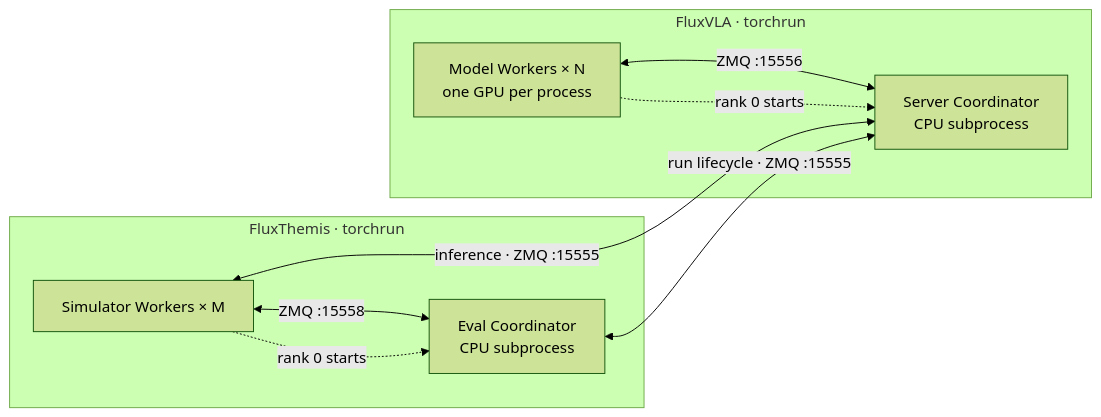
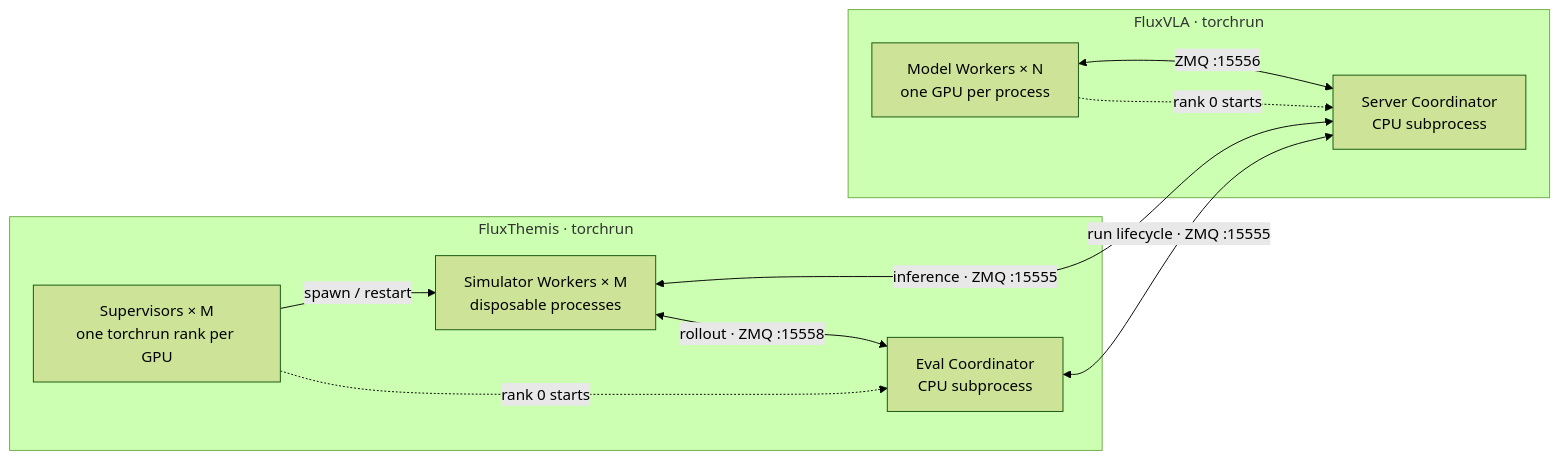
The diagram in README.md (FluxVLA/FluxThemis), drawn with Mermaid (forest theme) before and after one commit. The commit also changed other lines of this file and 20 other files, not shown here.

Commit message:
[Feat] Add restartable distributed simulator workers

````diff
--- a/README.md
+++ b/README.md
@@ -162,19 +163,21 @@
 ```mermaid
 flowchart LR
   subgraph VLA["FluxVLA · torchrun"]
     MW["Model Workers × N<br/>one GPU per process"]
     SC["Server Coordinator<br/>CPU subprocess"]
     MW <-->|ZMQ :15556| SC
     MW -. "rank 0 starts" .-> SC
   end
 
   subgraph Themis["FluxThemis · torchrun"]
-    SW["Simulator Workers × M"]
+    WS["Supervisors × M<br/>one torchrun rank per GPU"]
+    SW["Simulator Workers × M<br/>disposable processes"]
     CC["Eval Coordinator<br/>CPU subprocess"]
-    SW <-->|ZMQ :15558| CC
-    SW -. "rank 0 starts" .-> CC
+    WS -->|spawn / restart| SW
+    SW <-->|rollout · ZMQ :15558| CC
+    WS -. "rank 0 starts" .-> CC
   end
 
   SW <-->|inference · ZMQ :15555| SC
   CC <-->|run lifecycle · ZMQ :15555| SC
 ```
````
